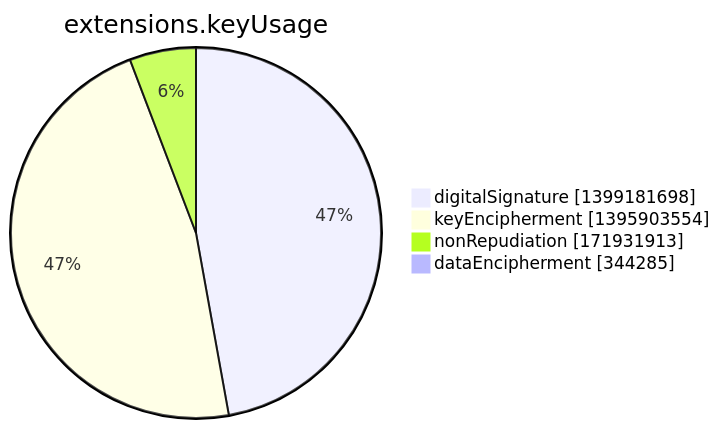
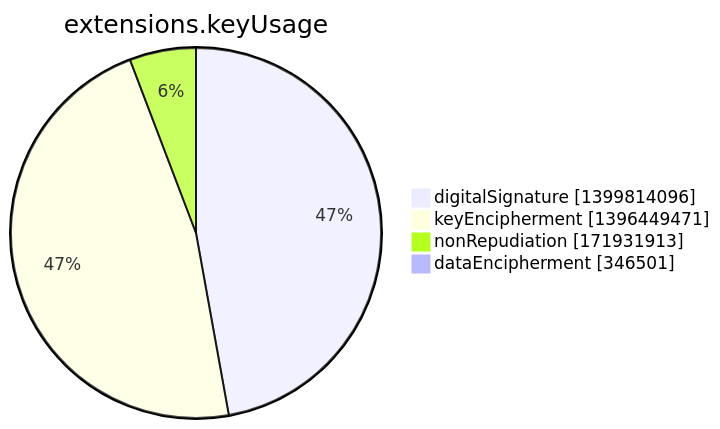
The seventh of 15 diagrams in argon2022/README.md (christiankrug/ctmonitor_visualization), drawn with Mermaid before and after one commit. The commit also changed other lines of this file, not shown here.

````diff
--- a/argon2022/README.md
+++ b/argon2022/README.md
@@ -2751,8 +2751,8 @@
 ```mermaid
 pie showData
 title extensions.keyUsage
-"digitalSignature" :1399181698
-"keyEncipherment" :1395903554
+"digitalSignature" :1399814096
+"keyEncipherment" :1396449471
 "nonRepudiation" :171931913
-"dataEncipherment" :344285
+"dataEncipherment" :346501
 ```
````
